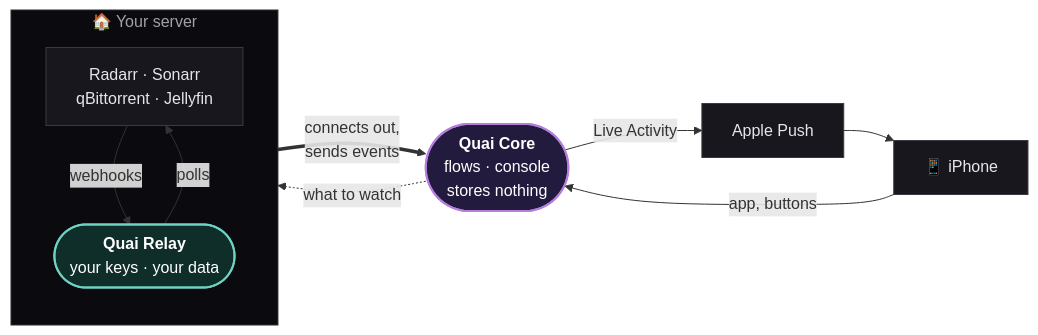
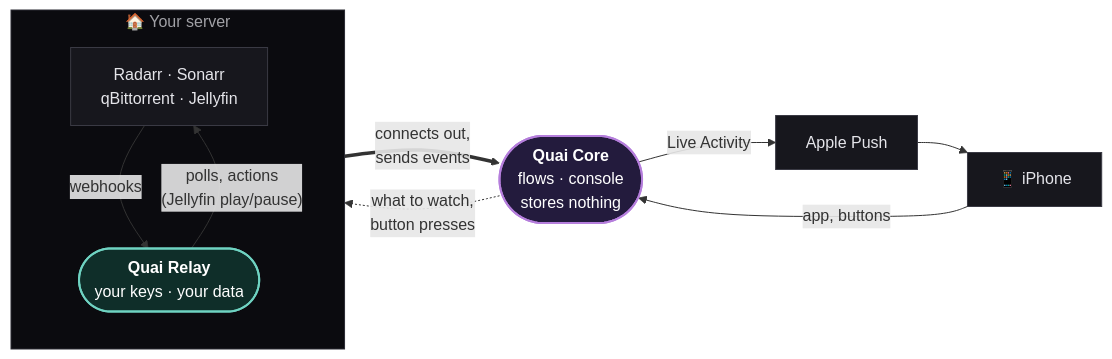
The diagram in README.md (mathieuletyrant/quai-app), drawn with Mermaid before and after one commit. The commit also changed other lines of this file, not shown here.

Commit message:
docs(readme): show the path of a Live Activity button through the Relay
Claude-Session: https://claude.ai/code/session_01MqWWDVmCSgt85daDNnr2i5

````diff
--- a/README.md
+++ b/README.md
@@ -49,27 +49,27 @@
 ```mermaid
 flowchart LR
   subgraph home["🏠 Your server"]
     direction TB
     services["Radarr · Sonarr<br/>qBittorrent · Jellyfin"]
     relay(["<b>Quai Relay</b><br/>your keys · your data"])
     services -- "webhooks" --> relay
-    relay -- "polls" --> services
+    relay -- "polls, actions<br/>(Jellyfin play/pause)" --> services
   end
 
   core(["<b>Quai Core</b><br/>flows · console<br/>stores nothing"])
   apple["Apple Push"]
   phone["📱 iPhone"]
 
   relay == "connects out,<br/>sends events" ==> core
-  core -. "what to watch" .-> relay
+  core -. "what to watch,<br/>button presses" .-> relay
   core -- "Live Activity" --> apple --> phone
   phone -- "app, buttons" --> core
 
   classDef relayStyle fill:#0f2e29,stroke:#6fd3c2,stroke-width:2px,color:#fff
   classDef coreStyle fill:#231b3d,stroke:#b57edc,stroke-width:2px,color:#fff
   classDef plain fill:#17171d,stroke:#3a3a44,color:#e5e5ea
   class relay relayStyle
   class core coreStyle
   class services,apple,phone plain
   style home fill:#0b0b0f,stroke:#2a2a33,color:#a1a1a6
 ```
````
